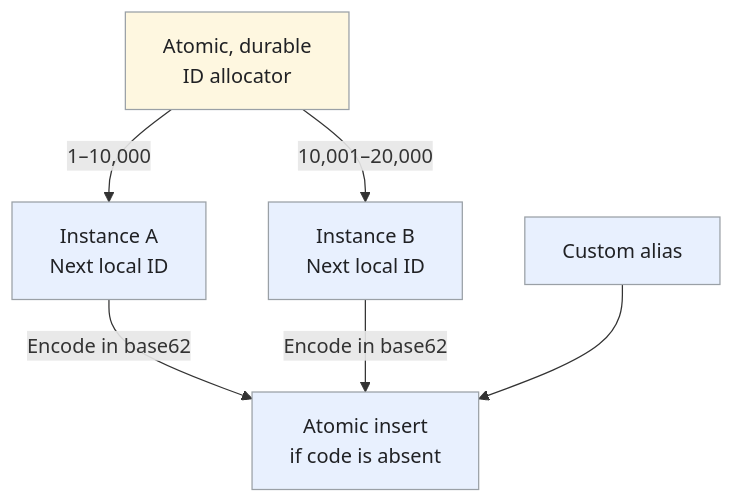
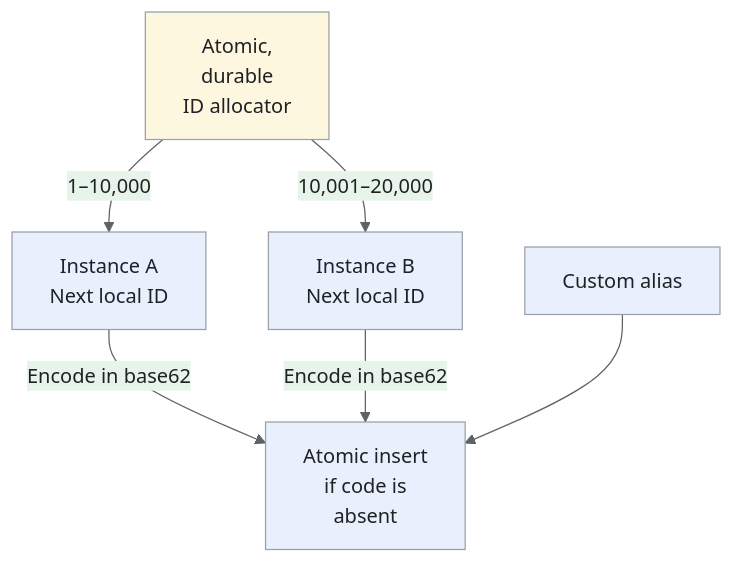
Before and after one commit to iliazlobin/iliazlobin.github.io: the sixth of 7 diagrams in _designs/system-design-bitly-url-shortener.md, drawn with Mermaid. The commit also changed other lines of this file and 116 other files, not shown here.

````diff
--- a/_designs/system-design-bitly-url-shortener.md
+++ b/_designs/system-design-bitly-url-shortener.md
@@ -435,14 +464,15 @@
 ```mermaid
+%%{init: {"theme":"base","themeVariables":{"primaryColor":"#e8f0fe","primaryBorderColor":"#9aa0a6","primaryTextColor":"#202124","secondaryColor":"#e6f4ea","tertiaryColor":"#fef7e0","lineColor":"#5f6368","actorBkg":"#e8f0fe","actorBorder":"#9aa0a6","actorTextColor":"#202124","noteBkgColor":"#fef7e0","noteBorderColor":"#9aa0a6","noteTextColor":"#202124","signalColor":"#5f6368","signalTextColor":"#202124"}}}%%
 flowchart TB
-    Allocator["Atomic, durable<br>ID allocator"]
+    Allocator["Atomic,<br>durable<br>ID allocator"]
     Allocator -->|"1–10,000"| A["Instance A<br>Next local ID"]
     Allocator -->|"10,001–20,000"| B["Instance B<br>Next local ID"]
-    A -->|"Encode in base62"| Insert["Atomic insert<br>if code is absent"]
+    A -->|"Encode in base62"| Insert["Atomic insert<br>if code is<br>absent"]
     B -->|"Encode in base62"| Insert
     Alias["Custom alias"] --> Insert
   classDef request fill:#e8f0fe,stroke:#9aa0a6,color:#202124,stroke-width:1px
   classDef background fill:#e6f4ea,stroke:#9aa0a6,color:#202124,stroke-width:1px
   classDef control fill:#fef7e0,stroke:#9aa0a6,color:#202124,stroke-width:1px
   class A,B,Insert,Alias request
   class Allocator control
 ```
````
